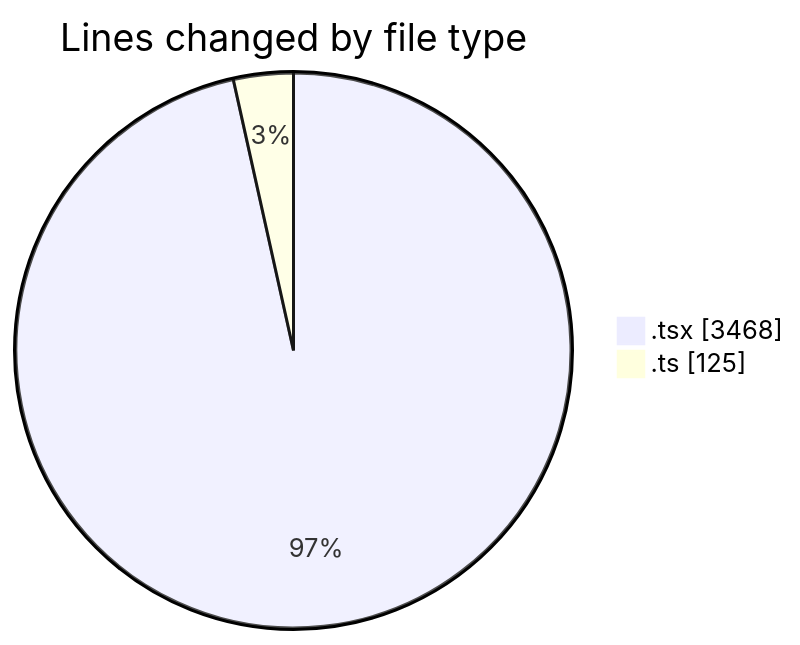
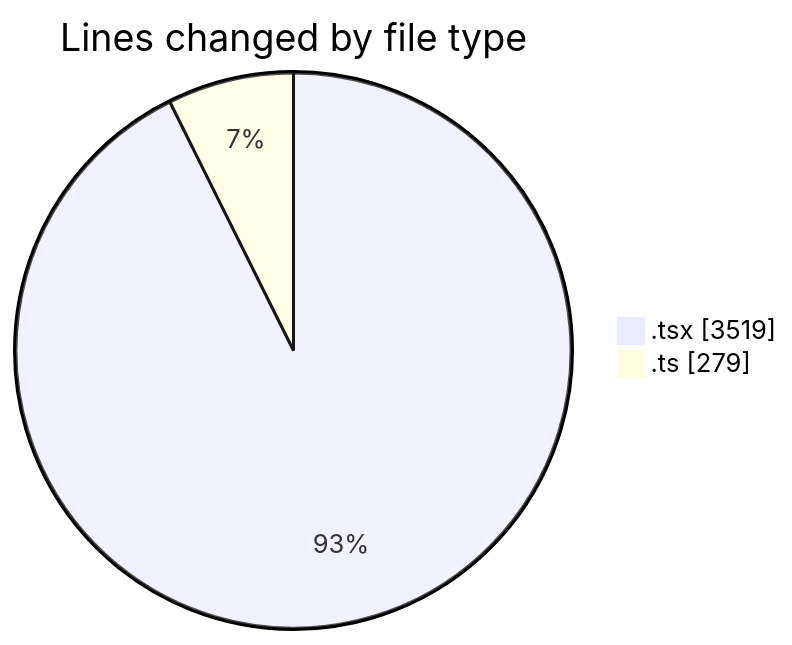
One commit to nxtqubesakshisongat/code-tracking changed the first of 2 diagrams in 2026-03-22/nxtqube_webapp/README.md. Above: the diagram before and after it, drawn with Mermaid. The commit also changed other lines of this file and 1 other file, not shown here.

````diff
--- a/2026-03-22/nxtqube_webapp/README.md
+++ b/2026-03-22/nxtqube_webapp/README.md
@@ -26,6 +27,6 @@
 ```mermaid
 pie showData
 title Lines changed by file type
-".tsx" : 3468
-".ts" : 125
+".tsx" : 3519
+".ts" : 279
 ```
````
